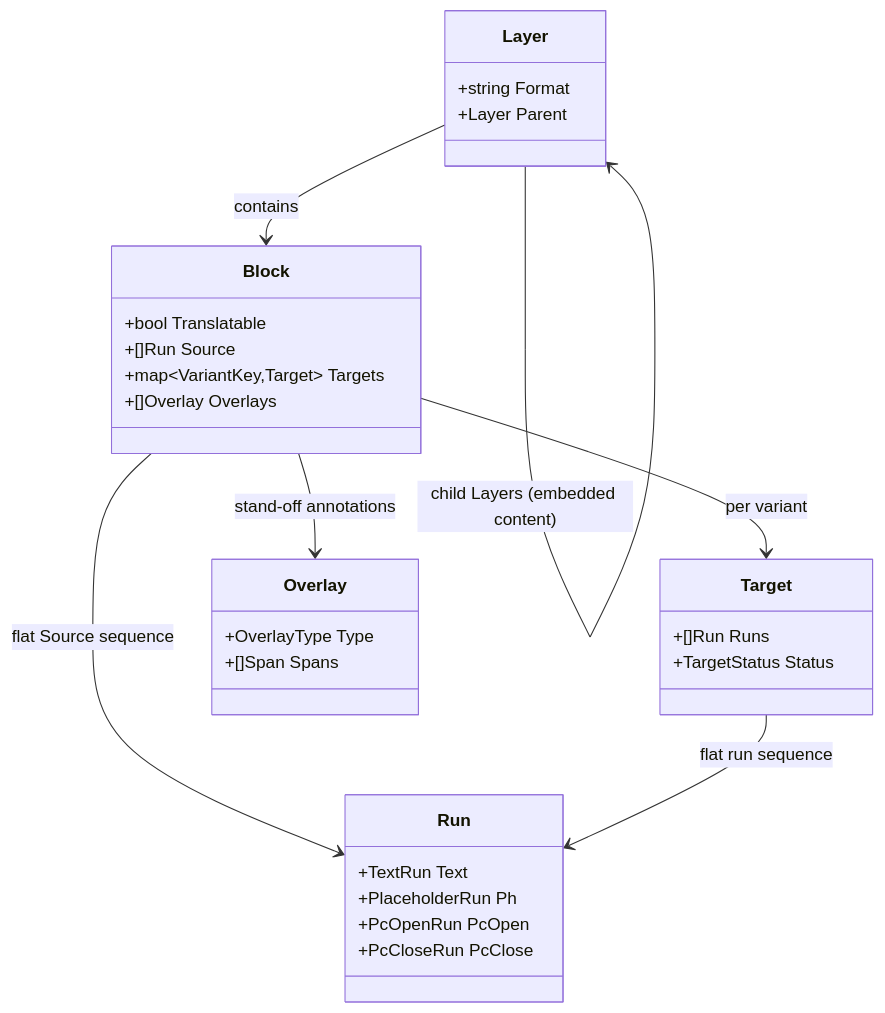
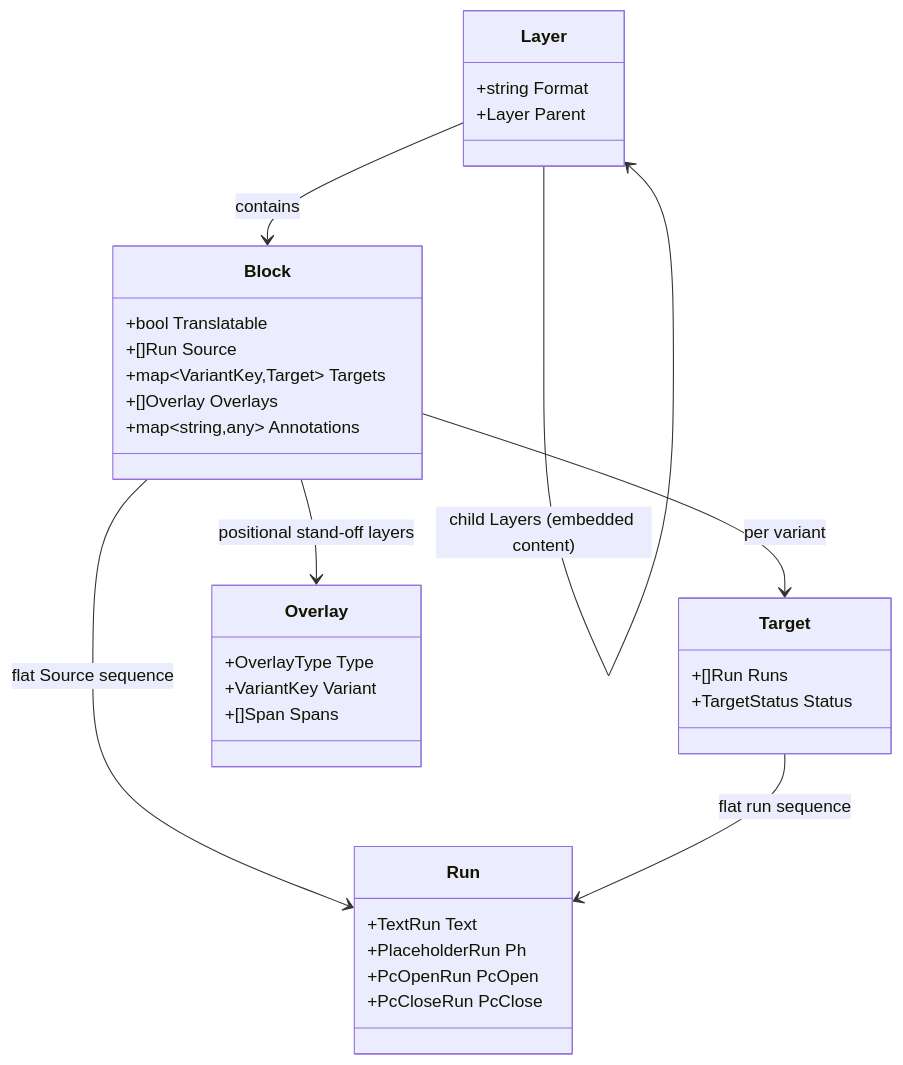
The diagram in web/docs/docs/framework/content-model.md (neokapi/neokapi), drawn with Mermaid before and after one commit. The commit also changed other lines of this file and 5 other files, not shown here.

````diff
--- a/web/docs/docs/framework/content-model.md
+++ b/web/docs/docs/framework/content-model.md
@@ -75,33 +75,35 @@
 ```mermaid
 classDiagram
     class Layer {
         +string Format
         +Layer Parent
     }
     class Block {
         +bool Translatable
         +[]Run Source
         +map~VariantKey,Target~ Targets
         +[]Overlay Overlays
+        +map~string,any~ Annotations
     }
     class Target {
         +[]Run Runs
         +TargetStatus Status
     }
     class Overlay {
         +OverlayType Type
+        +VariantKey Variant
         +[]Span Spans
     }
     class Run {
         +TextRun Text
         +PlaceholderRun Ph
         +PcOpenRun PcOpen
         +PcCloseRun PcClose
     }
     Layer --> Layer : child Layers (embedded content)
     Layer --> Block : contains
     Block --> Run : flat Source sequence
     Block --> Target : per variant
-    Block --> Overlay : stand-off annotations
+    Block --> Overlay : positional stand-off layers
     Target --> Run : flat run sequence
 ```
````
